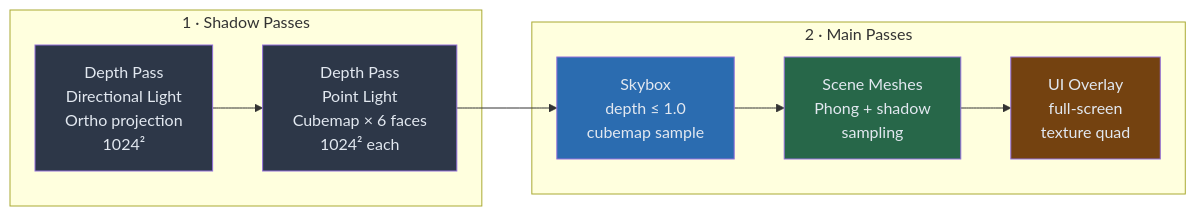
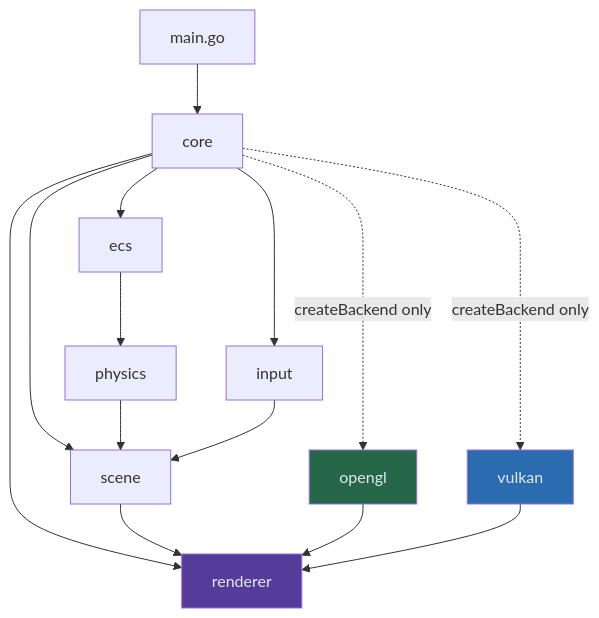
Before and after one commit to Zephyr75/overdrive: the first of 3 diagrams in notes/ARCHITECTURE.md, drawn with Mermaid. The commit also changed other lines of this file and 18 other files, not shown here.

````diff
--- a/notes/ARCHITECTURE.md
+++ b/notes/ARCHITECTURE.md
@@ -135,19 +107,20 @@
 ```mermaid
-flowchart LR
-    subgraph "1 · Shadow Passes"
-        A[Depth Pass\nDirectional Light\nOrtho projection\n1024²] --> B[Depth Pass\nPoint Light\nCubemap × 6 faces\n1024² each]
-    end
+graph TD
+    M[main.go] --> C[core]
+    C --> S[scene]
+    C --> E[ecs]
+    C --> I[input]
+    C --> R[renderer]
+    S --> R
+    E --> P[physics]
+    P --> S
+    I --> S
+    C -.->|createBackend only| GL[opengl]
+    C -.->|createBackend only| VK[vulkan]
+    GL --> R
+    VK --> R
 
-    subgraph "2 · Main Passes"
-        C[Skybox\ndepth ≤ 1.0\ncubemap sample] --> D[Scene Meshes\nPhong + shadow\nsampling]
-        D --> E[UI Overlay\nfull-screen\ntexture quad]
-    end
-
-    B --> C
-
-    style A fill:#2d3748,color:#e2e8f0
-    style B fill:#2d3748,color:#e2e8f0
-    style C fill:#2b6cb0,color:#e2e8f0
-    style D fill:#276749,color:#e2e8f0
-    style E fill:#744210,color:#e2e8f0
+    style R fill:#553c9a,color:#e2e8f0
+    style GL fill:#276749,color:#e2e8f0
+    style VK fill:#2b6cb0,color:#e2e8f0
 ```
````
